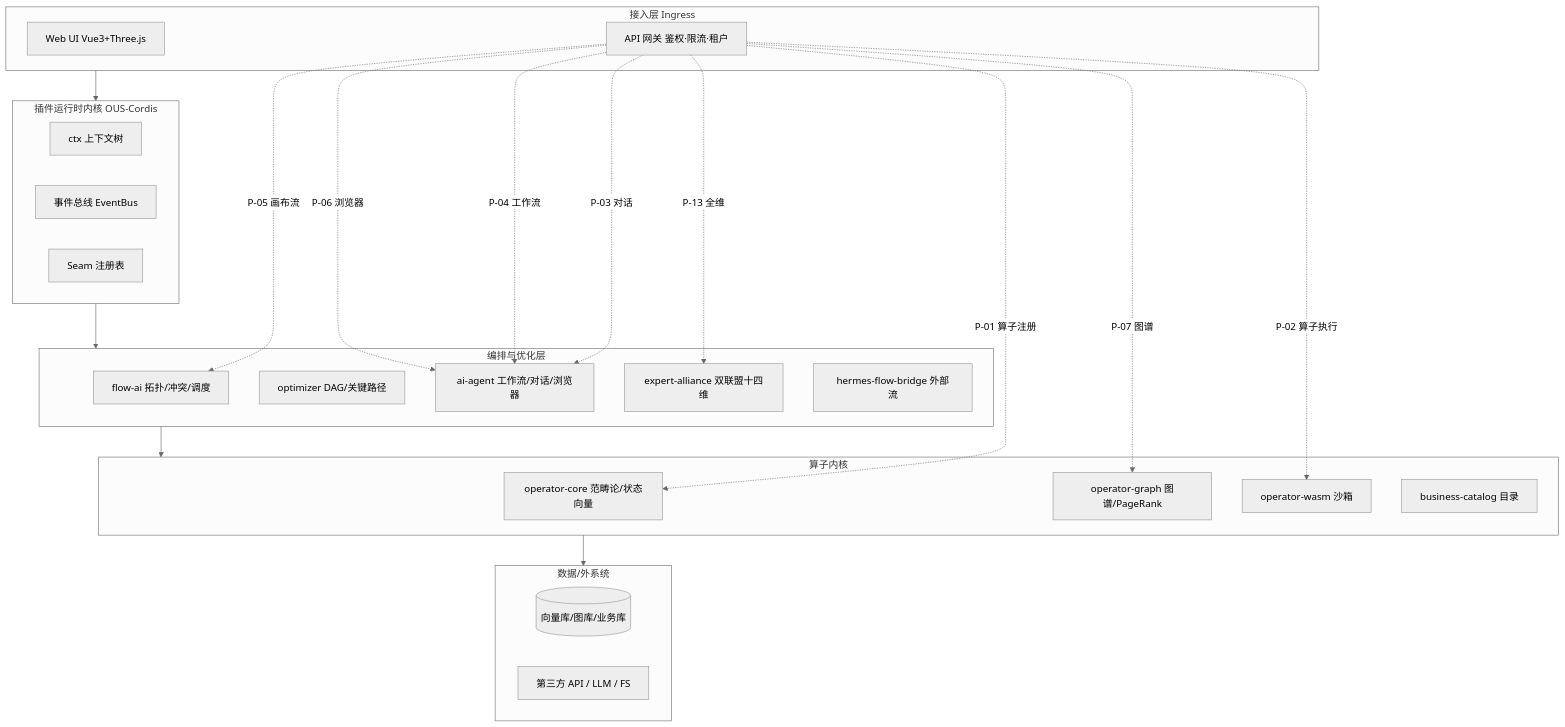
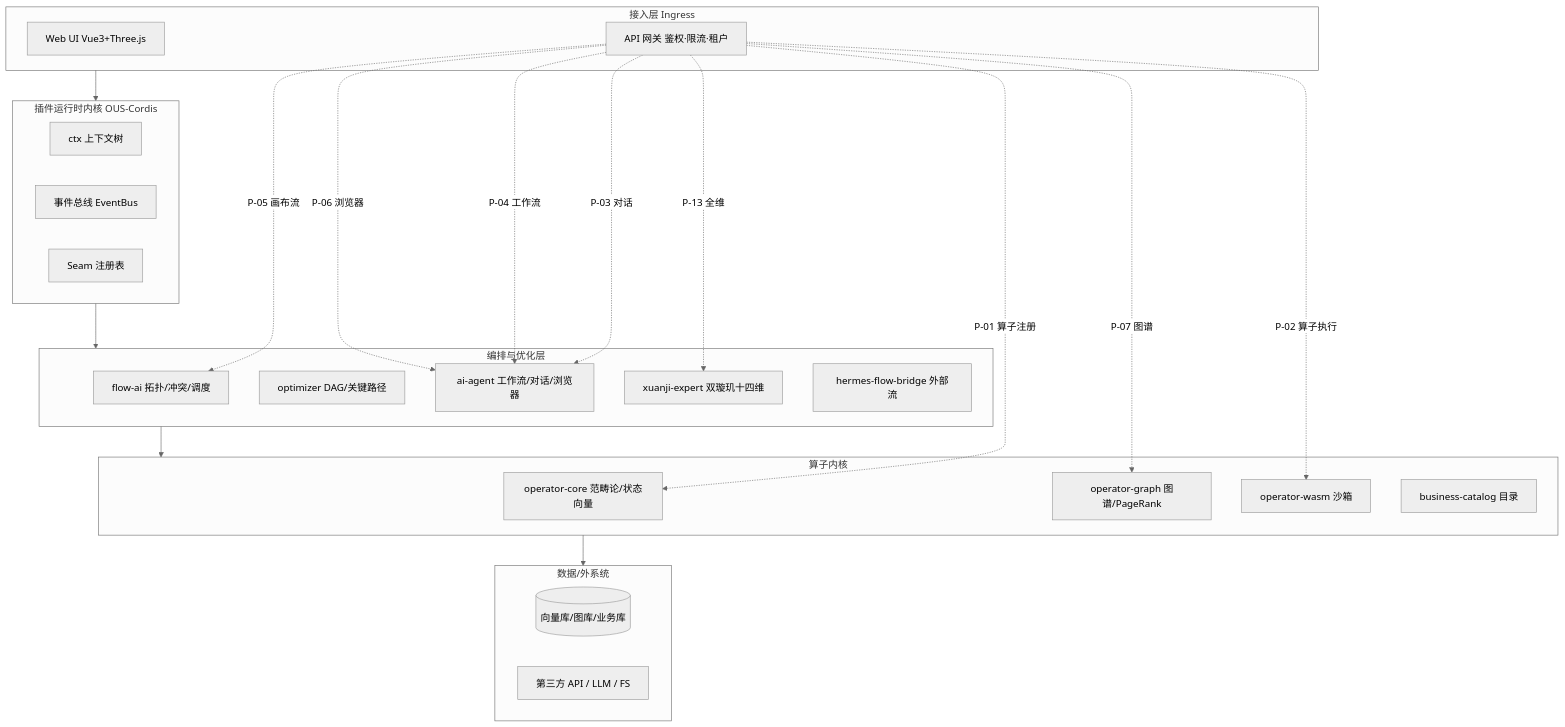
Diagram 13 of 14 in docs/business-process-flowcharts.md (aikjx/mox), drawn with Mermaid (neutral theme) before and after one commit. The commit also changed other lines of this file and 285 other files, not shown here.

Commit message:
refactor: 重命名 expert-alliance/alliance-system 为 xuanji-expert/xuanji-system

````diff
--- a/docs/business-process-flowcharts.md
+++ b/docs/business-process-flowcharts.md
@@ -228,43 +228,43 @@
 ```mermaid
 flowchart TB
     subgraph ING[接入层 Ingress]
         WEB[Web UI Vue3+Three.js]
         GW[API 网关 鉴权·限流·租户]
     end
     subgraph RT[插件运行时内核 OUS-Cordis]
         CTX[ctx 上下文树]
         EB[事件总线 EventBus]
         SEAM[Seam 注册表]
     end
     subgraph ORCH[编排与优化层]
         FLOW[flow-ai 拓扑/冲突/调度]
         OPT[optimizer DAG/关键路径]
         AGENT[ai-agent 工作流/对话/浏览器]
-        EXP[expert-alliance 双联盟十四维]
+        EXP[xuanji-expert 双璇玑十四维]
         HER[hermes-flow-bridge 外部流]
     end
     subgraph CORE[算子内核]
         OC[operator-core 范畴论/状态向量]
         OG[operator-graph 图谱/PageRank]
         OW[operator-wasm 沙箱]
         CAT[business-catalog 目录]
     end
     subgraph DATA[数据/外系统]
         DB[(向量库/图库/业务库)]
         EXT[第三方 API / LLM / FS]
     end
 
     ING --> RT
     RT --> ORCH
     ORCH --> CORE
     CORE --> DATA
 
     GW -.P-01 算子注册.-> OC
     GW -.P-02 算子执行.-> OW
     GW -.P-03 对话.-> AGENT
     GW -.P-04 工作流.-> AGENT
     GW -.P-05 画布流.-> FLOW
     GW -.P-06 浏览器.-> AGENT
     GW -.P-07 图谱.-> OG
     GW -.P-13 全维.-> EXP
 ```
````
